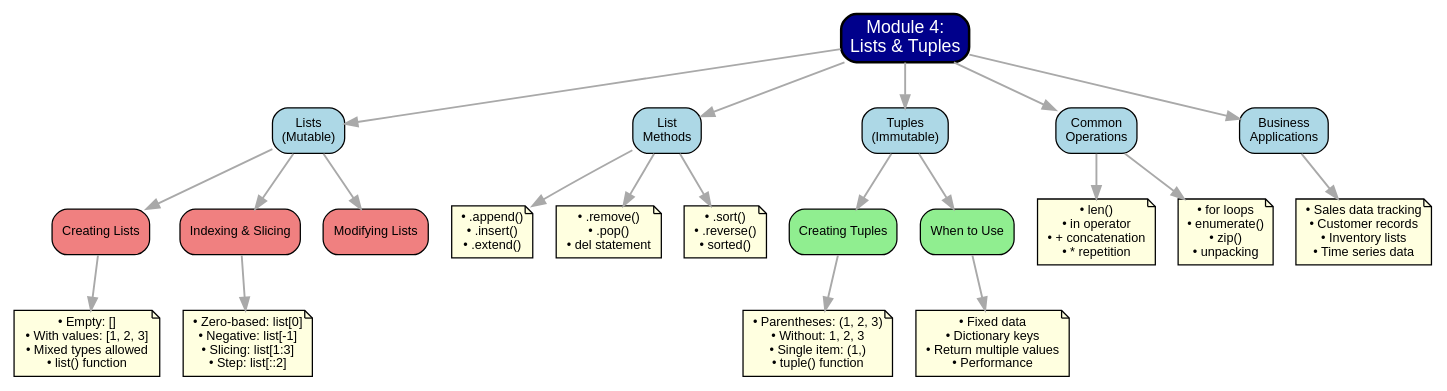
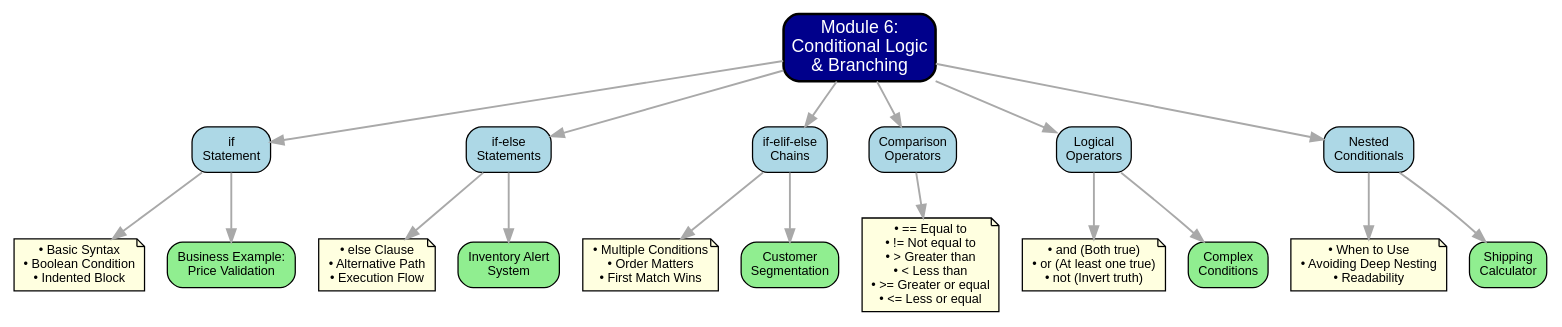
Before and after one commit to prof-tcsmith/muma-intro-python: the diagram in images/mindmaps/module04-mindmap.dot, drawn with Graphviz. The commit also changed 32 other files, not shown here.

```diff
--- a/images/mindmaps/module04-mindmap.dot
+++ b/images/mindmaps/module04-mindmap.dot
@@ -1,58 +1,48 @@
-digraph Module4_MindMap {
+digraph Module6_MindMap {
     rankdir=TB;
     node [shape=box, style="rounded,filled", fillcolor=lightblue, fontname="Arial", fontsize=10];
     edge [color=darkgray, penwidth=1.5];
     
     // Central node
-    central [label="Module 4:\nLists & Tuples", fillcolor=darkblue, fontcolor=white, fontsize=14, penwidth=2];
+    central [label="Module 6:\nConditional Logic\n& Branching", fillcolor=darkblue, fontcolor=white, fontsize=14, penwidth=2];
     
     // Main branches
-    lists [label="Lists\n(Mutable)", fillcolor=lightblue];
-    list_methods [label="List\nMethods", fillcolor=lightblue];
-    tuples [label="Tuples\n(Immutable)", fillcolor=lightblue];
-    operations [label="Common\nOperations", fillcolor=lightblue];
-    applications [label="Business\nApplications", fillcolor=lightblue];
+    if_statement [label="if\nStatement", fillcolor=lightblue];
+    if_else [label="if-else\nStatements", fillcolor=lightblue];
+    if_elif_else [label="if-elif-else\nChains", fillcolor=lightblue];
+    comparison [label="Comparison\nOperators", fillcolor=lightblue];
+    logical [label="Logical\nOperators", fillcolor=lightblue];
+    nested [label="Nested\nConditionals", fillcolor=lightblue];
     
-    // Sub-branches for Lists
-    creating [label="Creating Lists", fillcolor=lightcoral];
-    indexing [label="Indexing & Slicing", fillcolor=lightcoral];
-    mutability [label="Modifying Lists", fillcolor=lightcoral];
+    // Sub-branches for if Statement
+    basic_syntax [label="• Basic Syntax\n• Boolean Condition\n• Indented Block", shape=note, fillcolor=lightyellow];
+    if_example [label="Business Example:\nPrice Validation", fillcolor=lightgreen];
     
-    // Creating details
-    create_details [label="• Empty: []\n• With values: [1, 2, 3]\n• Mixed types allowed\n• list() function", shape=note, fillcolor=lightyellow];
+    // Sub-branches for if-else
+    else_syntax [label="• else Clause\n• Alternative Path\n• Execution Flow", shape=note, fillcolor=lightyellow];
+    else_example [label="Inventory Alert\nSystem", fillcolor=lightgreen];
     
-    // Indexing details
-    index_details [label="• Zero-based: list[0]\n• Negative: list[-1]\n• Slicing: list[1:3]\n• Step: list[::2]", shape=note, fillcolor=lightyellow];
+    // Sub-branches for if-elif-else
+    elif_syntax [label="• Multiple Conditions\n• Order Matters\n• First Match Wins", shape=note, fillcolor=lightyellow];
+    elif_example [label="Customer\nSegmentation", fillcolor=lightgreen];
     
-    // Sub-branches for List Methods
-    add_methods [label="• .append()\n• .insert()\n• .extend()", shape=note, fillcolor=lightyellow];
-    remove_methods [label="• .remove()\n• .pop()\n• del statement", shape=note, fillcolor=lightyellow];
-    order_methods [label="• .sort()\n• .reverse()\n• sorted()", shape=note, fillcolor=lightyellow];
+    // Sub-branches for Comparison Operators
+    comp_types [label="• == Equal to\n• != Not equal to\n• > Greater than\n• < Less than\n• >= Greater or equal\n• <= Less or equal", shape=note, fillcolor=lightyellow];
     
-    // Sub-branches for Tuples
-    tuple_create [label="Creating Tuples", fillcolor=lightgreen];
-    tuple_use [label="When to Use", fillcolor=lightgreen];
+    // Sub-branches for Logical Operators
+    logical_types [label="• and (Both true)\n• or (At least one true)\n• not (Invert truth)", shape=note, fillcolor=lightyellow];
+    complex_cond [label="Complex\nConditions", fillcolor=lightgreen];
     
-    // Tuple details
-    tuple_details [label="• Parentheses: (1, 2, 3)\n• Without: 1, 2, 3\n• Single item: (1,)\n• tuple() function", shape=note, fillcolor=lightyellow];
-    tuple_when [label="• Fixed data\n• Dictionary keys\n• Return multiple values\n• Performance", shape=note, fillcolor=lightyellow];
-    
-    // Sub-branches for Operations
-    common_ops [label="• len()\n• in operator\n• + concatenation\n• * repetition", shape=note, fillcolor=lightyellow];
-    iteration [label="• for loops\n• enumerate()\n• zip()\n• unpacking", shape=note, fillcolor=lightyellow];
-    
-    // Sub-branches for Applications
-    use_cases [label="• Sales data tracking\n• Customer records\n• Inventory lists\n• Time series data", shape=note, fillcolor=lightyellow];
+    // Sub-branches for Nested Conditionals
+    nested_use [label="• When to Use\n• Avoiding Deep Nesting\n• Readability", shape=note, fillcolor=lightyellow];
+    nested_example [label="Shipping\nCalculator", fillcolor=lightgreen];
     
     // Connections
-    central -> {lists list_methods tuples operations applications};
-    lists -> {creating indexing mutability};
-    creating -> create_details;
-    indexing -> index_details;
-    list_methods -> {add_methods remove_methods order_methods};
-    tuples -> {tuple_create tuple_use};
-    tuple_create -> tuple_details;
-    tuple_use -> tuple_when;
-    operations -> {common_ops iteration};
-    applications -> use_cases;
+    central -> {if_statement if_else if_elif_else comparison logical nested};
+    if_statement -> {basic_syntax if_example};
+    if_else -> {else_syntax else_example};
+    if_elif_else -> {elif_syntax elif_example};
+    comparison -> comp_types;
+    logical -> {logical_types complex_cond};
+    nested -> {nested_use nested_example};
 }
```
